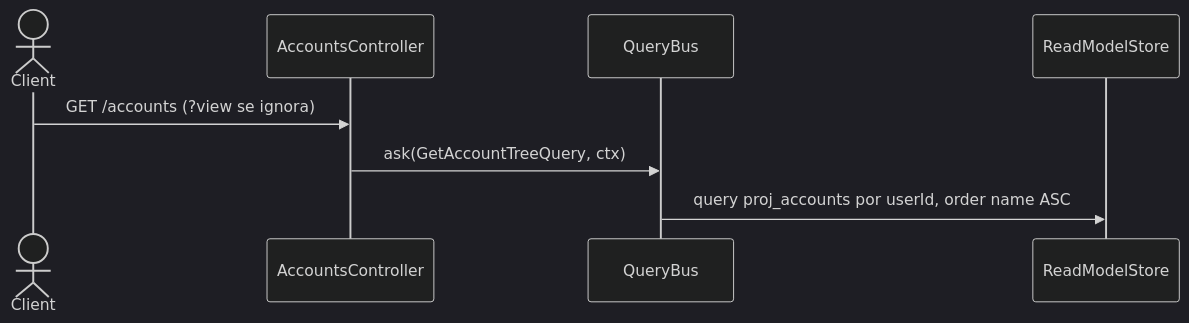
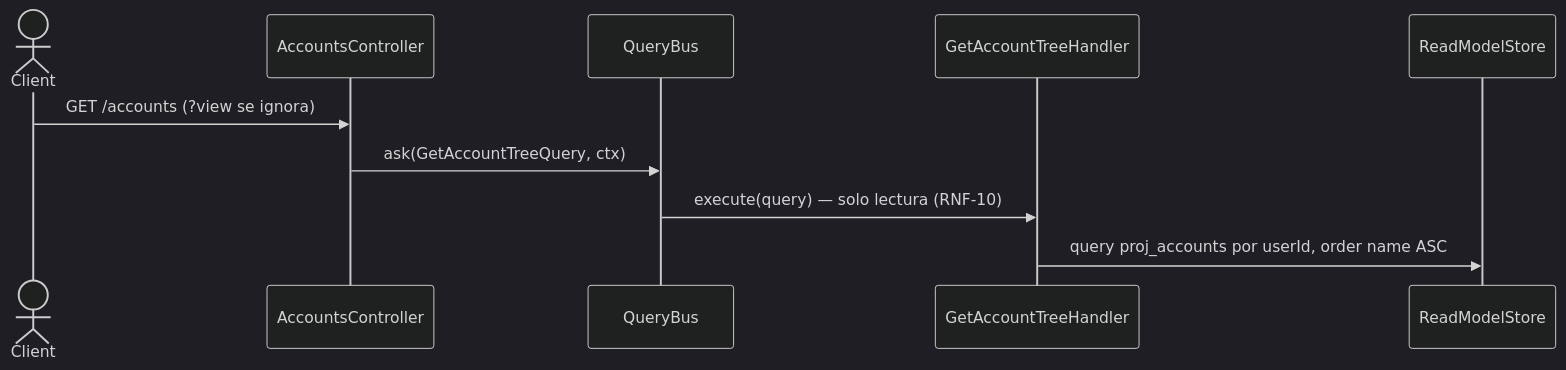
One commit to cristsr/admin-backend changed the diagram in apps/ledger/docs/accounts/flows/list-accounts.md. Above: the diagram before and after it, drawn with Mermaid (dark theme). The commit also changed 7 other files, not shown here.

First line of the commit message:
docs(ledger): name the query handlers the sequence diagrams skipped

````diff
--- a/apps/ledger/docs/accounts/flows/list-accounts.md
+++ b/apps/ledger/docs/accounts/flows/list-accounts.md
@@ -27,11 +27,13 @@
 ```mermaid
 sequenceDiagram
   actor Client
   participant C as AccountsController
   participant QB as QueryBus
+  participant H as GetAccountTreeHandler
   participant RM as ReadModelStore
 
   Client->>C: GET /accounts (?view se ignora)
   C->>QB: ask(GetAccountTreeQuery, ctx)
-  QB->>RM: query proj_accounts por userId, order name ASC
+  QB->>H: execute(query) — solo lectura (RNF-10)
+  H->>RM: query proj_accounts por userId, order name ASC
 ```
````
